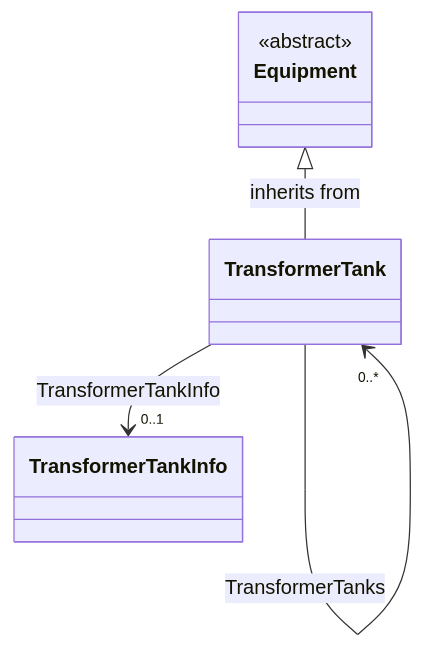
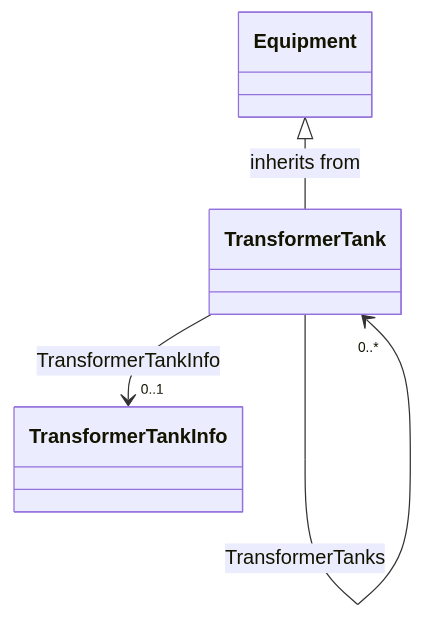
One commit to PNNL-CIM-Tools/CIM-Graph changed the sixth of 14 diagrams in cimgraph/data_profile/cim18gmdm/asset/Asset.rdfs-t2b.md. Above: the diagram before and after it, drawn with Mermaid. The commit also changed other lines of this file and 3 other files, not shown here.

````diff
--- a/cimgraph/data_profile/cim18gmdm/asset/Asset.rdfs-t2b.md
+++ b/cimgraph/data_profile/cim18gmdm/asset/Asset.rdfs-t2b.md
@@ -574,18 +319,8 @@
 ```mermaid
 classDiagram
-direction TB
-
-class TransformerTank {
+class TransformerTank{
 }
-
-class Equipment {
-<<abstract>>
-}
-
 Equipment <|-- TransformerTank : inherits from
-class TransformerTankInfo {
-}
-
 TransformerTank --> "0..1" TransformerTankInfo : TransformerTankInfo
 TransformerTank --> "0..*" TransformerTank : TransformerTanks
 ```
````
